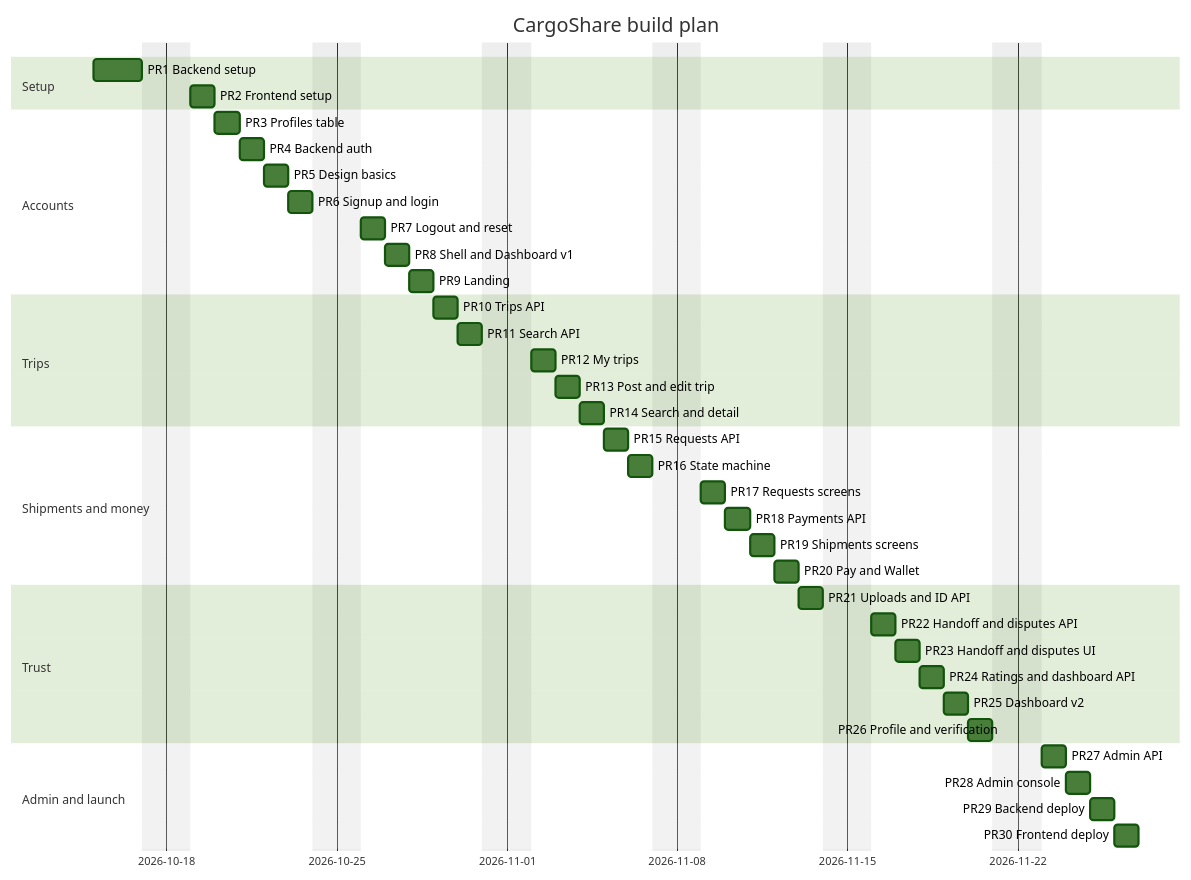
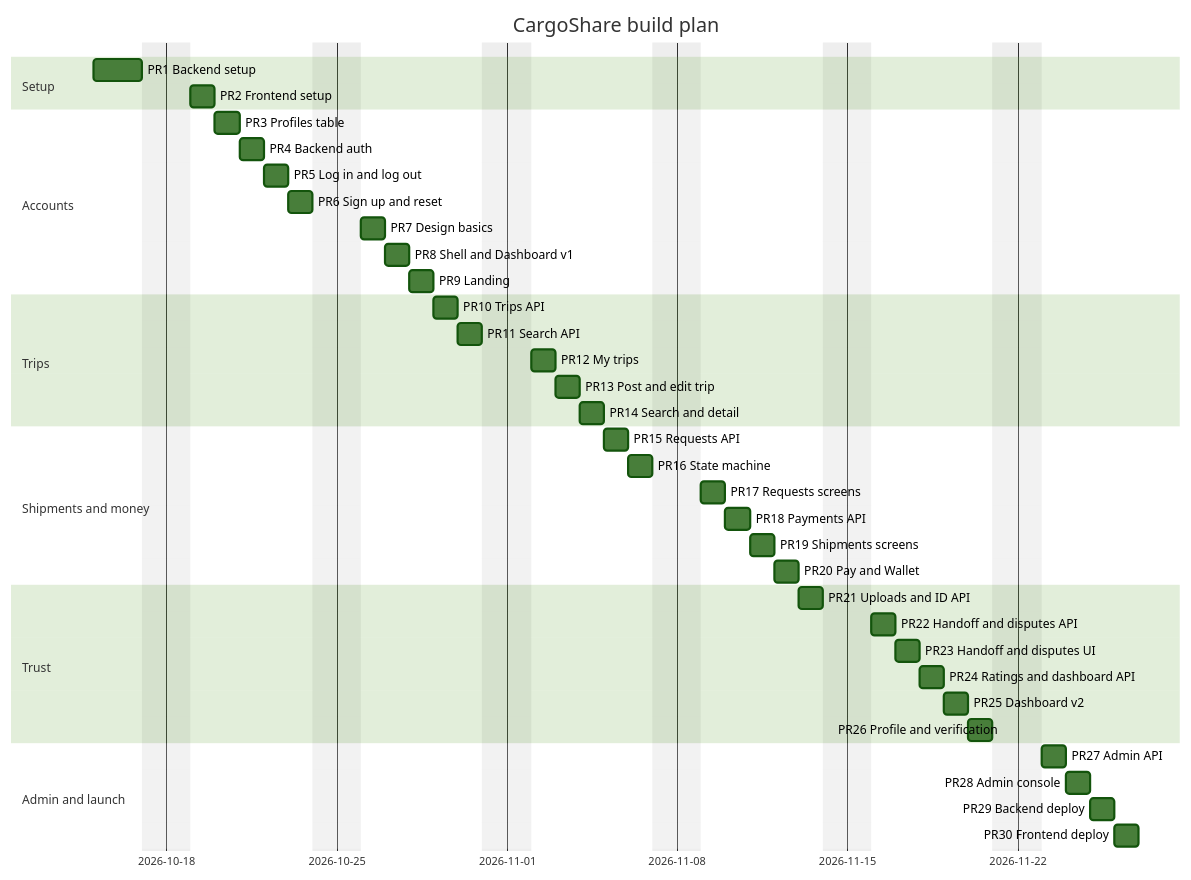
The fourth of 4 diagrams in docs/ROADMAP.md (Abubakar-Zahir/cargoshare), drawn with Mermaid (forest theme) before and after one commit. The commit also changed other lines of this file and 3 other files, not shown here.

Commit message:
docs: update roadmap, setup guide and commands for PR5

````diff
--- a/docs/ROADMAP.md
+++ b/docs/ROADMAP.md
@@ -390,42 +391,42 @@
 ```mermaid
 gantt
     title CargoShare build plan
     dateFormat YYYY-MM-DD
     excludes weekends
     section Setup
     PR1 Backend setup                :p1, 2026-10-15, 2d
     PR2 Frontend setup               :p2, 2026-10-19, 1d
     section Accounts
     PR3 Profiles table               :p3, after p2, 1d
     PR4 Backend auth                 :p4, after p3, 1d
-    PR5 Design basics                :p5, after p4, 1d
-    PR6 Signup and login             :p6, after p5, 1d
-    PR7 Logout and reset             :p7, after p6, 1d
+    PR5 Log in and log out           :p5, after p4, 1d
+    PR6 Sign up and reset            :p6, after p5, 1d
+    PR7 Design basics                :p7, after p6, 1d
     PR8 Shell and Dashboard v1       :p8, after p7, 1d
     PR9 Landing                      :p9, after p8, 1d
     section Trips
     PR10 Trips API                    :p10, after p9, 1d
     PR11 Search API                   :p11, after p10, 1d
     PR12 My trips                    :p12, after p11, 1d
     PR13 Post and edit trip          :p13, after p12, 1d
     PR14 Search and detail           :p14, after p13, 1d
     section Shipments and money
     PR15 Requests API                :p15, after p14, 1d
     PR16 State machine               :p16, after p15, 1d
     PR17 Requests screens            :p17, after p16, 1d
     PR18 Payments API                :p18, after p17, 1d
     PR19 Shipments screens           :p19, after p18, 1d
     PR20 Pay and Wallet              :p20, after p19, 1d
     section Trust
     PR21 Uploads and ID API          :p21, after p20, 1d
     PR22 Handoff and disputes API    :p22, after p21, 1d
     PR23 Handoff and disputes UI     :p23, after p22, 1d
     PR24 Ratings and dashboard API   :p24, after p23, 1d
     PR25 Dashboard v2                :p25, after p24, 1d
     PR26 Profile and verification    :p26, after p25, 1d
     section Admin and launch
     PR27 Admin API                   :p27, after p26, 1d
     PR28 Admin console               :p28, after p27, 1d
     PR29 Backend deploy              :p29, after p28, 1d
     PR30 Frontend deploy             :p30, after p29, 1d
 ```
````
